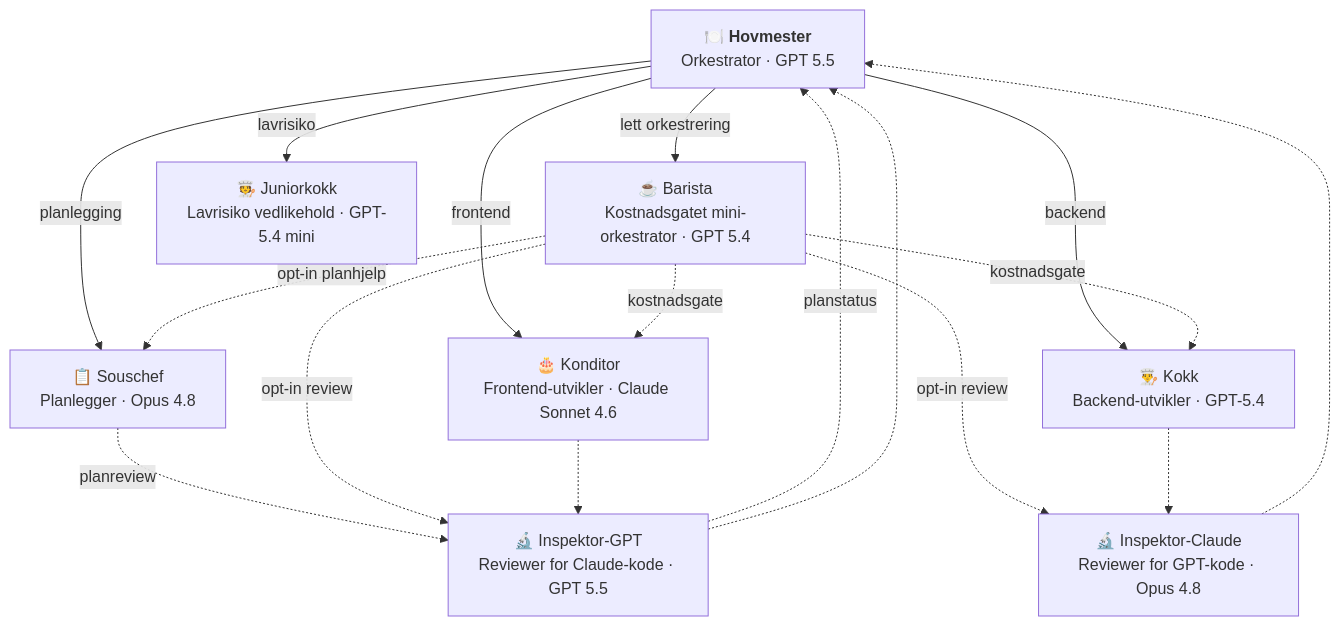
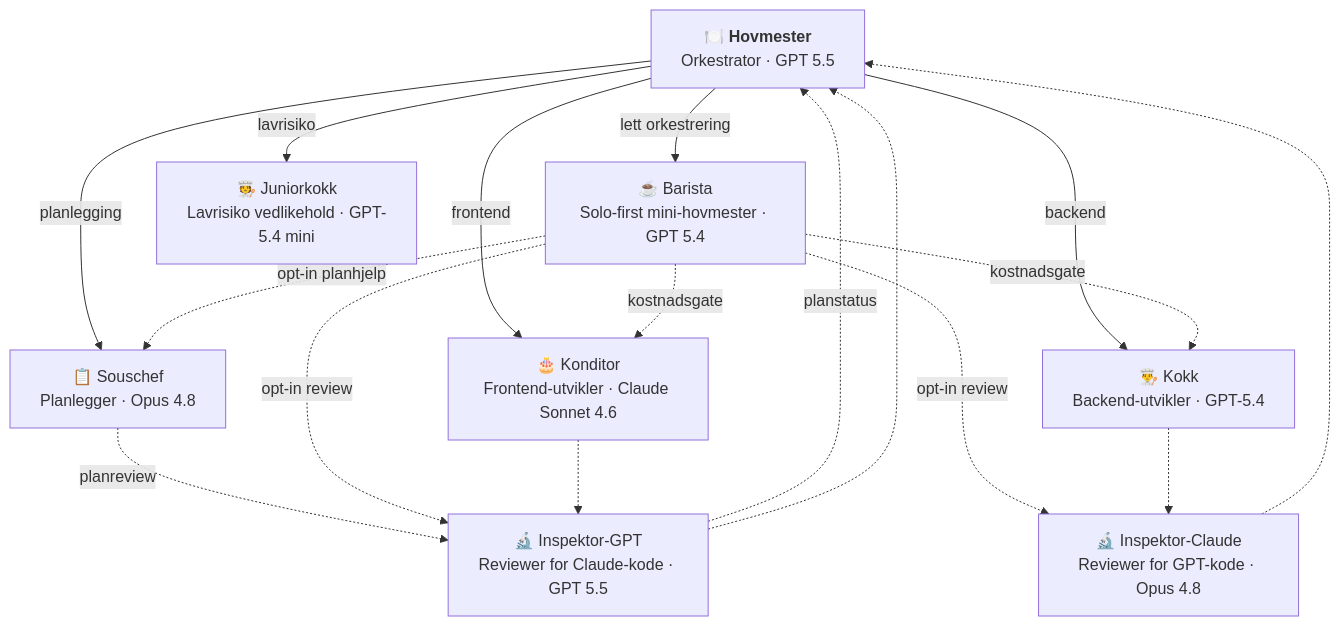
Before and after one commit to navikt/hovmester: the diagram in README.md, drawn with Mermaid. The commit also changed other lines of this file and 2 other files, not shown here.

First line of the commit message:
feat(agents): presiser barista-flyt

````diff
--- a/README.md
+++ b/README.md
@@ -38,26 +38,26 @@
 ```mermaid
 graph TD
     U["🍽️ <b>Hovmester</b><br/>Orkestrator · GPT 5.5"]
-    B["☕ Barista<br/>Kostnadsgatet mini-orkestrator · GPT 5.4"]
+    B["☕ Barista<br/>Solo-first mini-hovmester · GPT 5.4"]
     S["📋 Souschef<br/>Planlegger · Opus 4.8"]
     J["🧑‍🍳 Juniorkokk<br/>Lavrisiko vedlikehold · GPT-5.4 mini"]
     K["👨‍🍳 Kokk<br/>Backend-utvikler · GPT-5.4"]
     KO["🎂 Konditor<br/>Frontend-utvikler · Claude Sonnet 4.6"]
     IC["🔬 Inspektor-Claude<br/>Reviewer for GPT-kode · Opus 4.8"]
     IG["🔬 Inspektor-GPT<br/>Reviewer for Claude-kode · GPT 5.5"]
 
     U -- planlegging --> S
     S -. planreview .-> IG
     IG -. planstatus .-> U
     U -- lett orkestrering --> B
     U -- lavrisiko --> J
     U -- backend --> K
     U -- frontend --> KO
     B -. kostnadsgate .-> K
     B -. kostnadsgate .-> KO
     B -. opt-in planhjelp .-> S
     B -. opt-in review .-> IC
     B -. opt-in review .-> IG
     K -.-> IC -.-> U
     KO -.-> IG -.-> U
 ```
````
